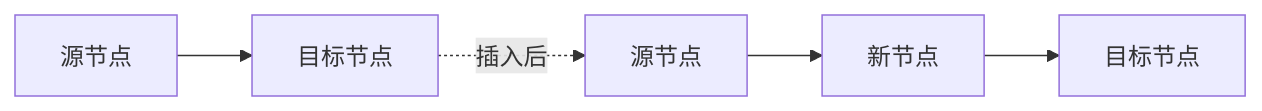
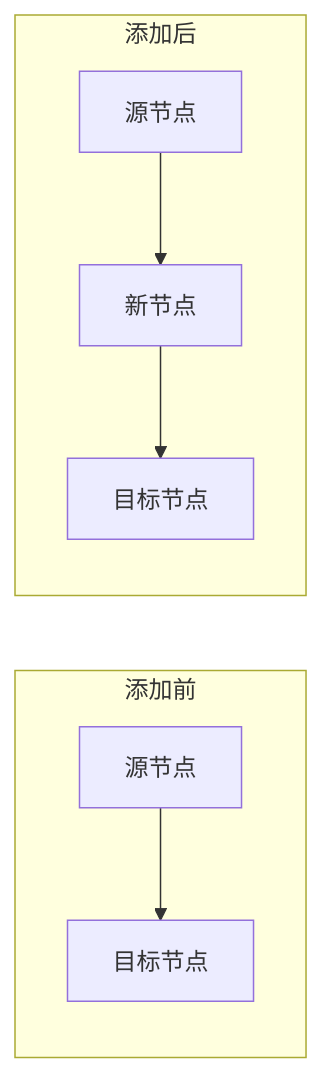
Diagram 12 of 28 in front/doc/2026年6月文档/连接流配置需求设计说明书.md (THZSummer/open-app), drawn with Mermaid before and after one commit. The commit also changed other lines of this file, not shown here.

````diff
--- a/front/doc/2026年6月文档/连接流配置需求设计说明书.md
+++ b/front/doc/2026年6月文档/连接流配置需求设计说明书.md
@@ -428,7 +423,10 @@
 ```mermaid
 flowchart LR
-  BeforeSource[源节点] --> BeforeTarget[目标节点]
-  BeforeTarget -.插入后.-> AfterSource[源节点]
-  AfterSource --> NewNode[新节点]
-  NewNode --> AfterTarget[目标节点]
+  subgraph Before[添加前]
+    SourceA[源节点] --> TargetA[目标节点]
+  end
+  subgraph After[添加后]
+    SourceB[源节点] --> NewNode[新节点]
+    NewNode --> TargetB[目标节点]
+  end
 ```
````
